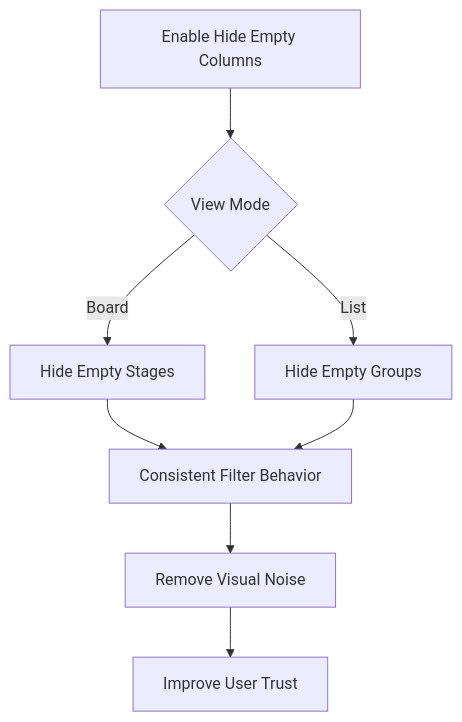
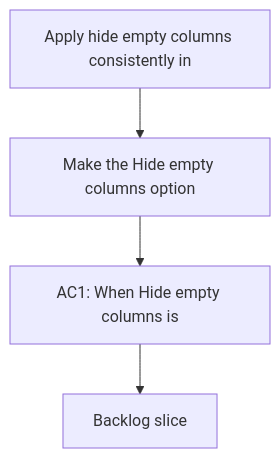
Before and after one commit to AlexAgo83/logics-manager: the diagram in logics/request/req_046_apply_hide_empty_columns_consistently_in_list_mode.md, drawn with Mermaid. The commit also changed 50 other files, not shown here.

````diff
--- a/logics/request/req_046_apply_hide_empty_columns_consistently_in_list_mode.md
+++ b/logics/request/req_046_apply_hide_empty_columns_consistently_in_list_mode.md
@@ -10,12 +10,8 @@
 ```mermaid
 %% logics-kind: request
 %% logics-signature: request|apply-hide-empty-columns-consistently-in|make-the-hide-empty-columns-option|ac1-when-hide-empty-columns-is
 flowchart TD
-    A[Enable Hide Empty Columns] --> B{View Mode}
-    B -->|Board| C[Hide Empty Stages]
-    B -->|List| D[Hide Empty Groups]
-    C --> E[Consistent Filter Behavior]
-    D --> E
-    E --> F[Remove Visual Noise]
-    F --> G[Improve User Trust]
+    Trigger[Apply hide empty columns consistently in] --> Need[Make the Hide empty columns option]
+    Need --> Outcome[AC1: When Hide empty columns is]
+    Outcome --> Backlog[Backlog slice]
 ```
````
